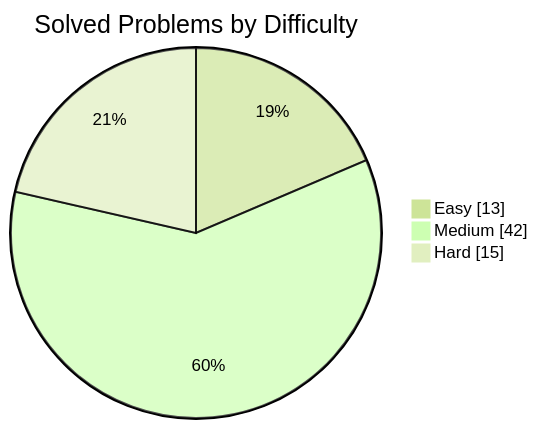
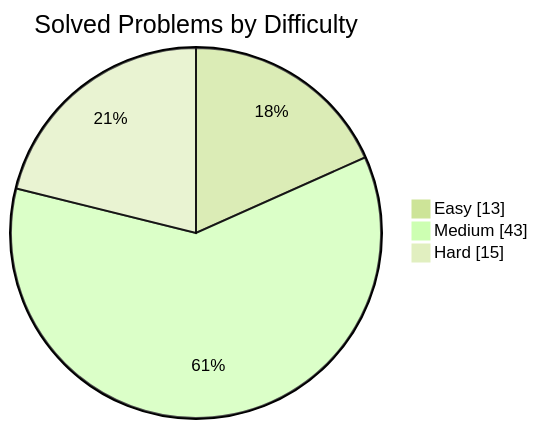
One commit to manikantbindass/DSA-Preparation-FAANG- changed the first of 2 diagrams in README.md. Above: the diagram before and after it, drawn with Mermaid (forest theme). The commit also changed other lines of this file and 9 other files, not shown here.

````diff
--- a/README.md
+++ b/README.md
@@ -38,7 +38,7 @@
 ```mermaid
 pie showData
     title Solved Problems by Difficulty
     "Easy" : 13
-    "Medium" : 42
+    "Medium" : 43
     "Hard" : 15
 ```
````
